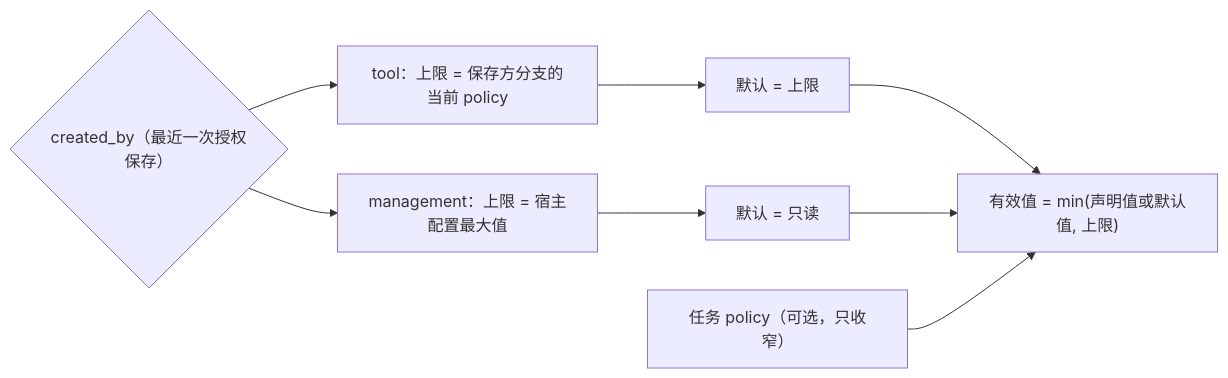
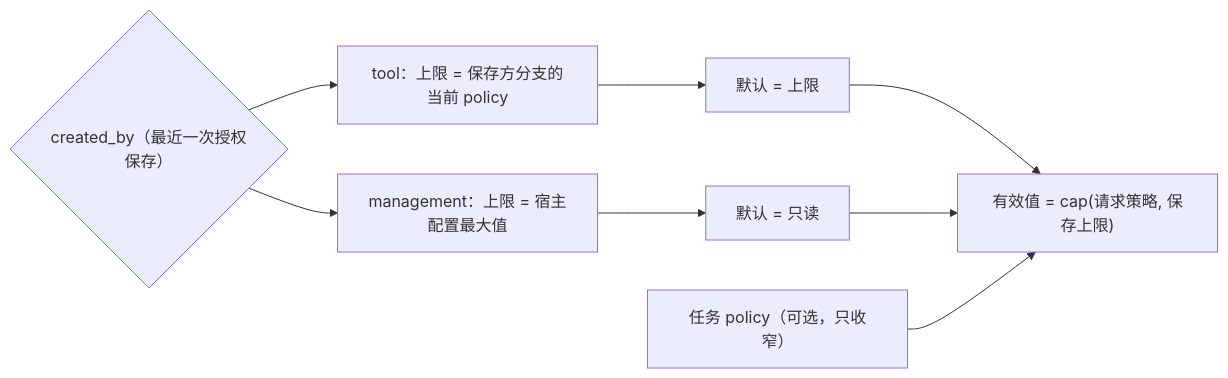
The fifth of 6 diagrams in docs/zh/design/plugins/Scheduler.md (CoutinhoTTS/dim-agent), drawn with Mermaid before and after one commit. The commit also changed other lines of this file and 6 other files, not shown here.

````diff
--- a/docs/zh/design/plugins/Scheduler.md
+++ b/docs/zh/design/plugins/Scheduler.md
@@ -224,13 +226,13 @@
 ```mermaid
 flowchart LR
   Created{"created_by（最近一次授权保存）"}
   Tool["tool：上限 = 保存方分支的当前 policy"]
   User["management：上限 = 宿主配置最大值"]
   Default1["默认 = 上限"]
   Default2["默认 = 只读"]
   Declared["任务 policy（可选，只收窄）"]
-  Eff["有效值 = min(声明值或默认值, 上限)"]
+  Eff["有效值 = cap(请求策略, 保存上限)"]
   Created --> Tool --> Default1 --> Eff
   Created --> User --> Default2 --> Eff
   Declared --> Eff
 ```
````
